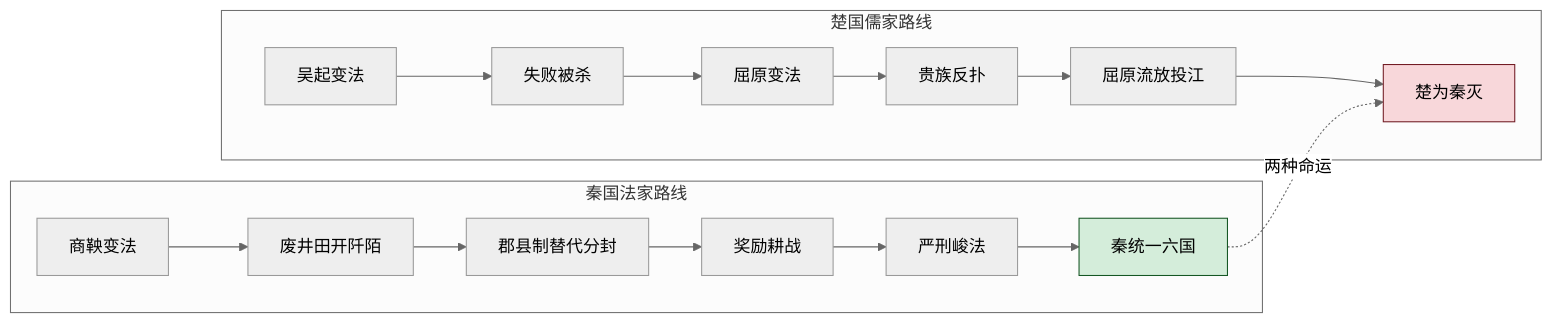
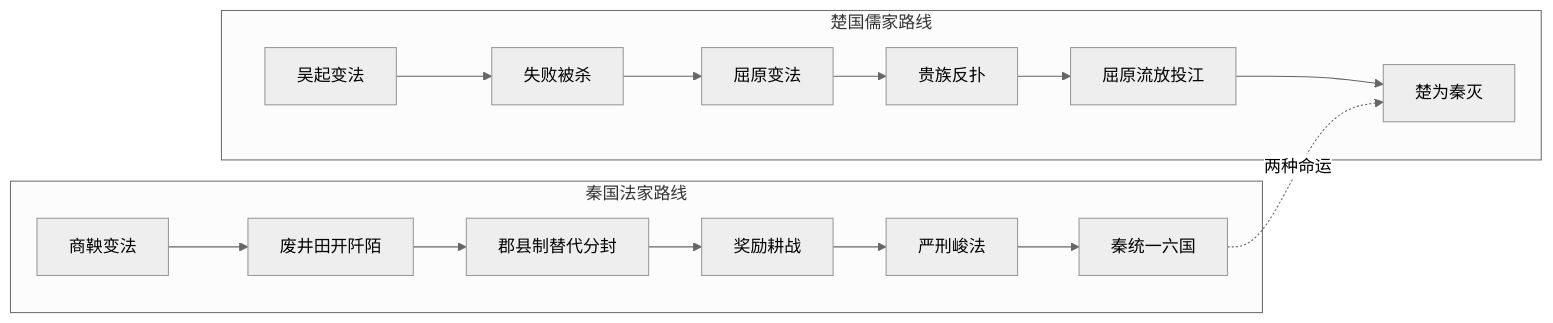
The third of 3 diagrams in stalux/posts/秦地恨屈原.md (xingwangzhe/stalux), drawn with Mermaid (neutral theme) before and after one commit.

Commit message:
style: 移除图3 mermaid 配色
删除图3法家vs儒家思想对比框架中 A6/B6 节点的 fill/stroke style，使用默认配色。

````diff
--- a/stalux/posts/秦地恨屈原.md
+++ b/stalux/posts/秦地恨屈原.md
@@ -290,23 +290,20 @@
 ```mermaid
 graph LR
     subgraph 秦国法家路线
         A1[商鞅变法] --> A2[废井田开阡陌]
         A2 --> A3[郡县制替代分封]
         A3 --> A4[奖励耕战]
         A4 --> A5[严刑峻法]
         A5 --> A6[秦统一六国]
     end
     
     subgraph 楚国儒家路线
         B1[吴起变法] --> B2[失败被杀]
         B2 --> B3[屈原变法]
         B3 --> B4[贵族反扑]
         B4 --> B5[屈原流放投江]
         B5 --> B6[楚为秦灭]
     end
     
     A6 -.->|两种命运| B6
-    
-    style A6 fill:#d4edda,stroke:#155724
-    style B6 fill:#f8d7da,stroke:#721c24
 ```
````
